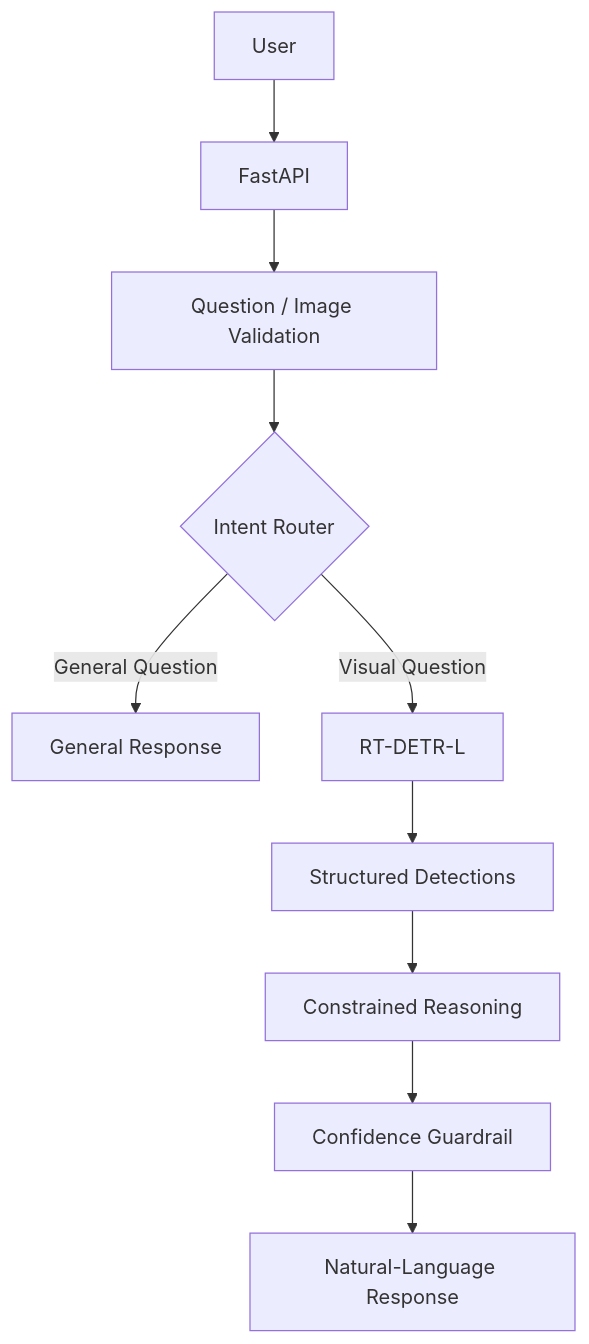
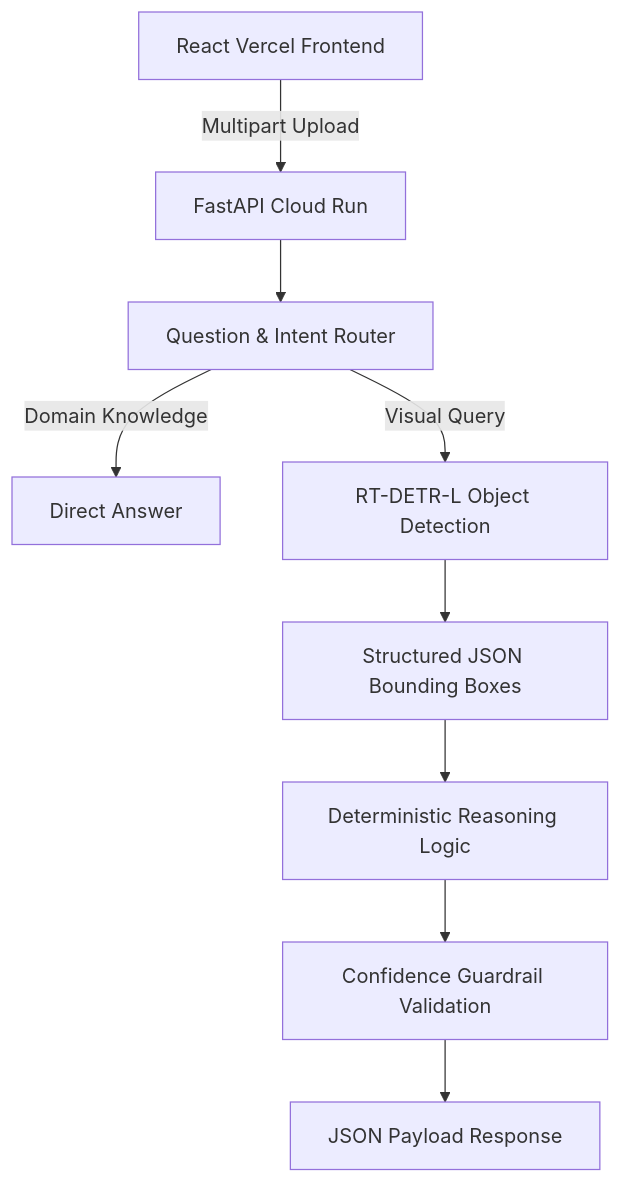
One commit to santhoshr-15/SolarSight changed the diagram in README.md. Above: the diagram before and after it, drawn with Mermaid. The commit also changed other lines of this file and 10 other files, not shown here.

````diff
--- a/README.md
+++ b/README.md
@@ -56,12 +33,11 @@
 ```mermaid
 graph TD
-    A[User] --> B[FastAPI]
-    B --> C[Question / Image Validation]
-    C --> D{Intent Router}
-    D -->|General Question| E[General Response]
-    D -->|Visual Question| F[RT-DETR-L]
-    F --> G[Structured Detections]
-    G --> H[Constrained Reasoning]
-    H --> I[Confidence Guardrail]
-    I --> J[Natural-Language Response]
+    A[React Vercel Frontend] -->|Multipart Upload| B[FastAPI Cloud Run]
+    B --> C[Question & Intent Router]
+    C -->|Domain Knowledge| E[Direct Answer]
+    C -->|Visual Query| F[RT-DETR-L Object Detection]
+    F --> G[Structured JSON Bounding Boxes]
+    G --> H[Deterministic Reasoning Logic]
+    H --> I[Confidence Guardrail Validation]
+    I --> J[JSON Payload Response]
 ```
````
